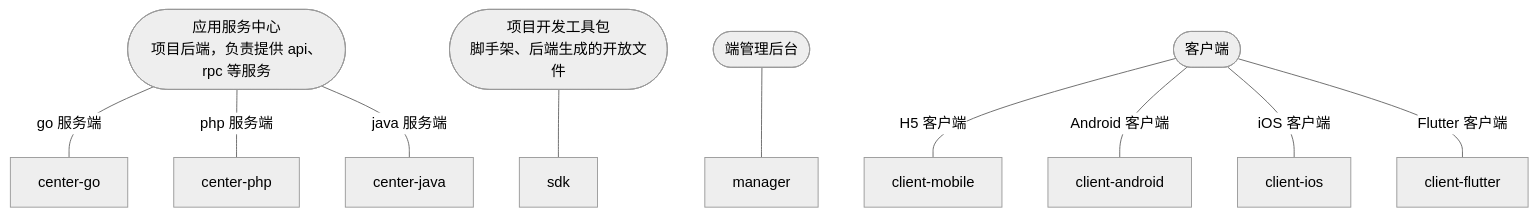
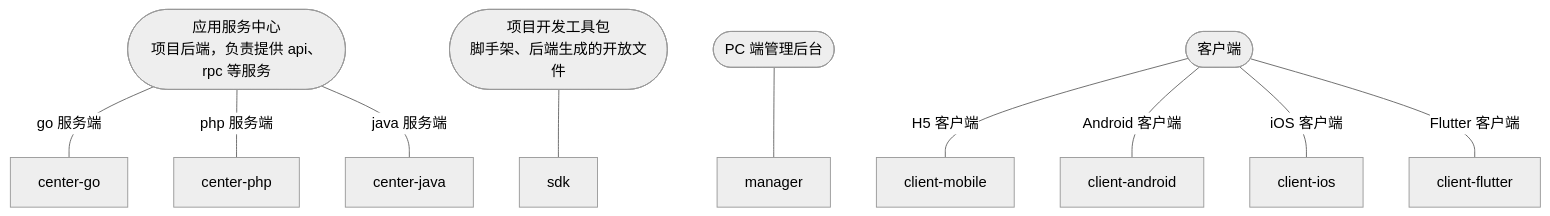
The diagram in profile/README.md (basic-project-structure/.github), drawn with Mermaid (neutral theme) before and after one commit.

````diff
--- a/profile/README.md
+++ b/profile/README.md
@@ -9,19 +9,19 @@
 ```mermaid
 graph TD
     center(["应用服务中心\n项目后端，负责提供 api、rpc 等服务"])
         center --go 服务端--- center-go
         center --php 服务端--- center-php
         center --java 服务端--- center-java
 
     sdk.
         sdk.(["项目开发工具包\n脚手架、后端生成的开放文件"]) --- sdk
 
     manager.
-        manager.([端管理后台]) --- manager
+        manager.([PC 端管理后台]) --- manager
 
     client(["客户端"])
         client --H5 客户端--- client-mobile
         client --Android 客户端--- clientAndroid[client-android]
         client --iOS 客户端--- clientIOS[client-ios]
         client --Flutter 客户端--- clientFlutter[client-flutter]
 ```
````
